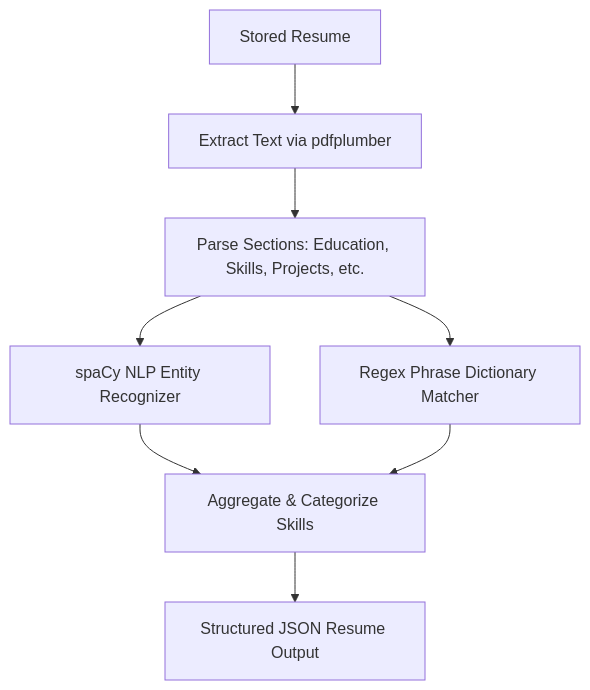
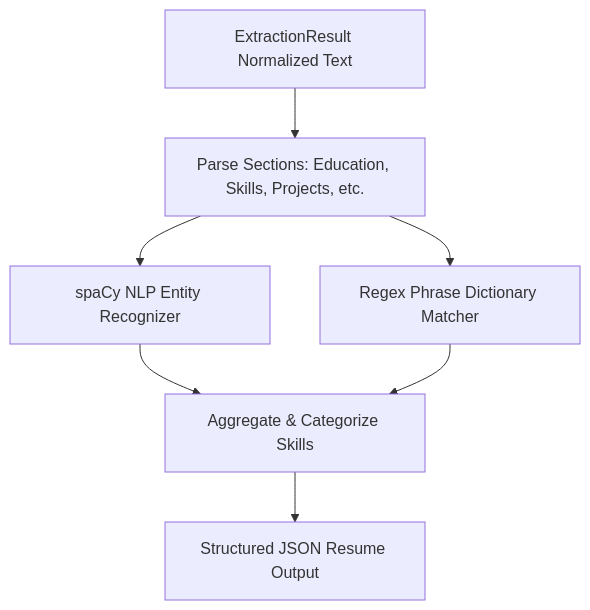
Before and after one commit to jadhavaayush611/Next-Round: the fifth of 5 diagrams in architecture.md, drawn with Mermaid. The commit also changed other lines of this file and 12 other files, not shown here.

Commit message:
feat(extraction): add PDF and DOCX text extraction

````diff
--- a/architecture.md
+++ b/architecture.md
@@ -199,10 +239,9 @@
 ```mermaid
 flowchart TD
-    File[Stored Resume] --> Extract[Extract Text via pdfplumber]
-    Extract --> Sections[Parse Sections: Education, Skills, Projects, etc.]
+    Result[ExtractionResult Normalized Text] --> Sections[Parse Sections: Education, Skills, Projects, etc.]
     Sections --> spaCy[spaCy NLP Entity Recognizer]
     Sections --> Regex[Regex Phrase Dictionary Matcher]
     spaCy --> EntityCombine[Aggregate & Categorize Skills]
     Regex --> EntityCombine
     EntityCombine --> ParsedResult[Structured JSON Resume Output]
 ```
````
